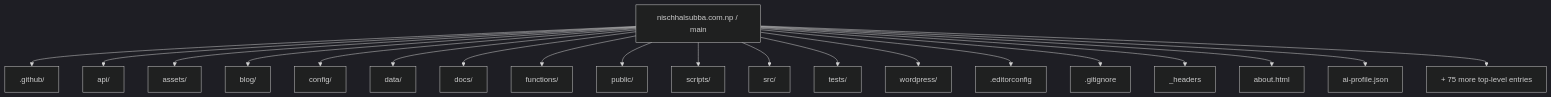
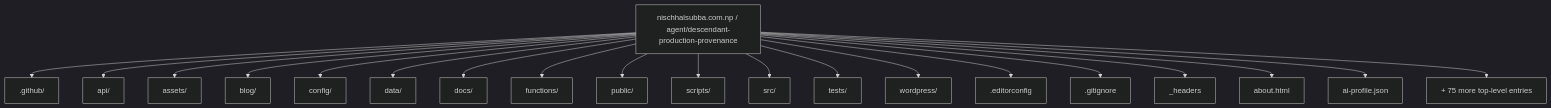
The first of 8 diagrams in README.md (Nischhalsubba/nischhalsubba.com.np), drawn with Mermaid (dark theme) before and after one commit. The commit also changed other lines of this file, not shown here.

````diff
--- a/README.md
+++ b/README.md
@@ -58,23 +58,23 @@
 ```mermaid
 flowchart TD
-    ROOT["nischhalsubba.com.np / main"]
+    ROOT["nischhalsubba.com.np / agent/descendant-production-provenance"]
     ROOT --> P0[".github/"]
     ROOT --> P1["api/"]
     ROOT --> P2["assets/"]
     ROOT --> P3["blog/"]
     ROOT --> P4["config/"]
     ROOT --> P5["data/"]
     ROOT --> P6["docs/"]
     ROOT --> P7["functions/"]
     ROOT --> P8["public/"]
     ROOT --> P9["scripts/"]
     ROOT --> P10["src/"]
     ROOT --> P11["tests/"]
     ROOT --> P12["wordpress/"]
     ROOT --> P13[".editorconfig"]
     ROOT --> P14[".gitignore"]
     ROOT --> P15["_headers"]
     ROOT --> P16["about.html"]
     ROOT --> P17["ai-profile.json"]
     ROOT --> MORE["+ 75 more top-level entries"]
 ```
````
